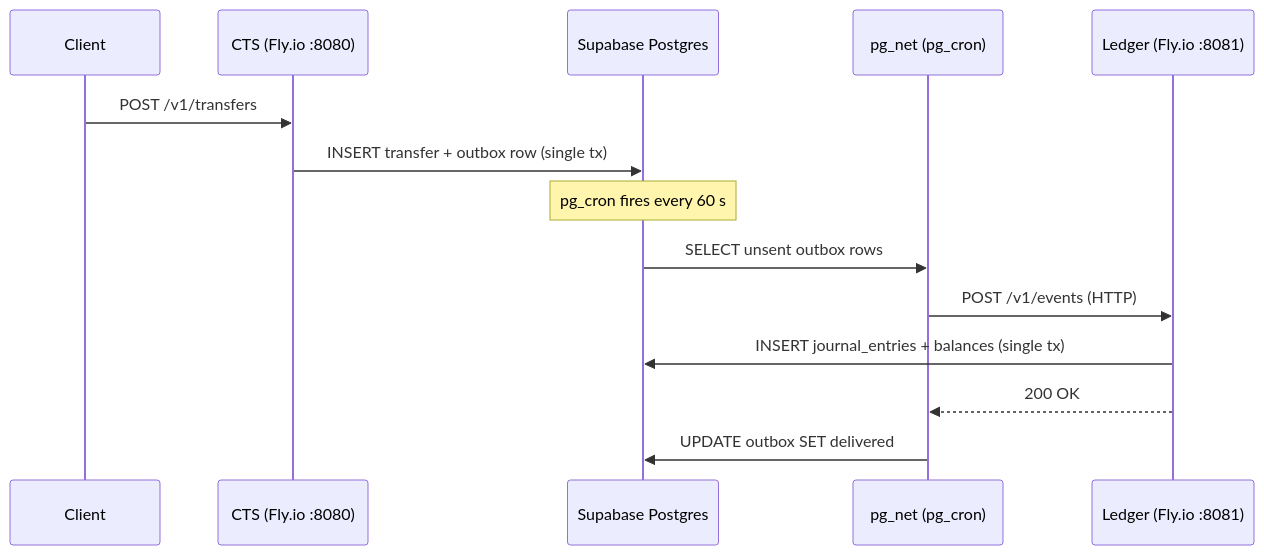
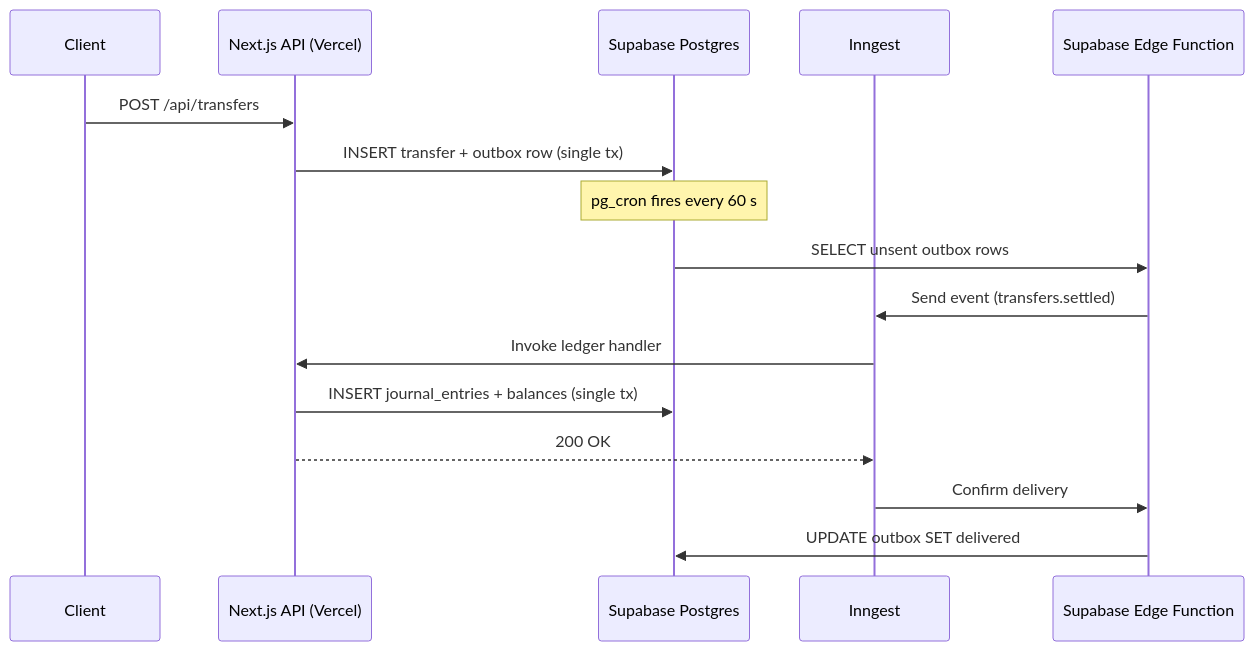
One commit to stalela/stalela-docs changed the second of 4 diagrams in docs/60-infra/free-stack.md. Above: the diagram before and after it, drawn with Mermaid. The commit also changed other lines of this file, not shown here.

First line of the commit message:
docs(ts-migration): TS-055 update free-stack for TS/Vercel

````diff
--- a/docs/60-infra/free-stack.md
+++ b/docs/60-infra/free-stack.md
@@ -154,17 +164,19 @@
 ```mermaid
 sequenceDiagram
     participant Client
-    participant CTS as CTS (Fly.io :8080)
+    participant API as Next.js API (Vercel)
     participant DB as Supabase Postgres
-    participant PGNET as pg_net (pg_cron)
-    participant Ledger as Ledger (Fly.io :8081)
+    participant INNGEST as Inngest
+    participant EDGE as Supabase Edge Function
 
-    Client->>CTS: POST /v1/transfers
-    CTS->>DB: INSERT transfer + outbox row (single tx)
+    Client->>API: POST /api/transfers
+    API->>DB: INSERT transfer + outbox row (single tx)
     Note over DB: pg_cron fires every 60 s
-    DB->>PGNET: SELECT unsent outbox rows
-    PGNET->>Ledger: POST /v1/events (HTTP)
-    Ledger->>DB: INSERT journal_entries + balances (single tx)
-    Ledger-->>PGNET: 200 OK
-    PGNET->>DB: UPDATE outbox SET delivered
+    DB->>EDGE: SELECT unsent outbox rows
+    EDGE->>INNGEST: Send event (transfers.settled)
+    INNGEST->>API: Invoke ledger handler
+    API->>DB: INSERT journal_entries + balances (single tx)
+    API-->>INNGEST: 200 OK
+    INNGEST->>EDGE: Confirm delivery
+    EDGE->>DB: UPDATE outbox SET delivered
 ```
````
